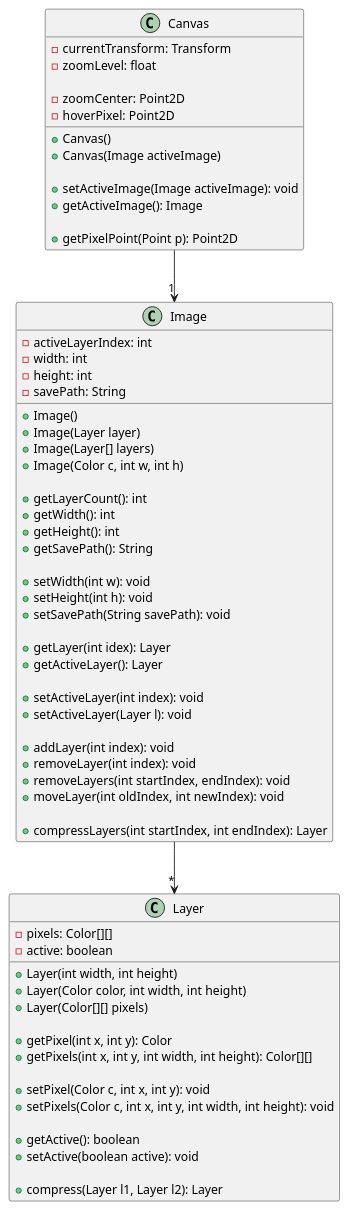
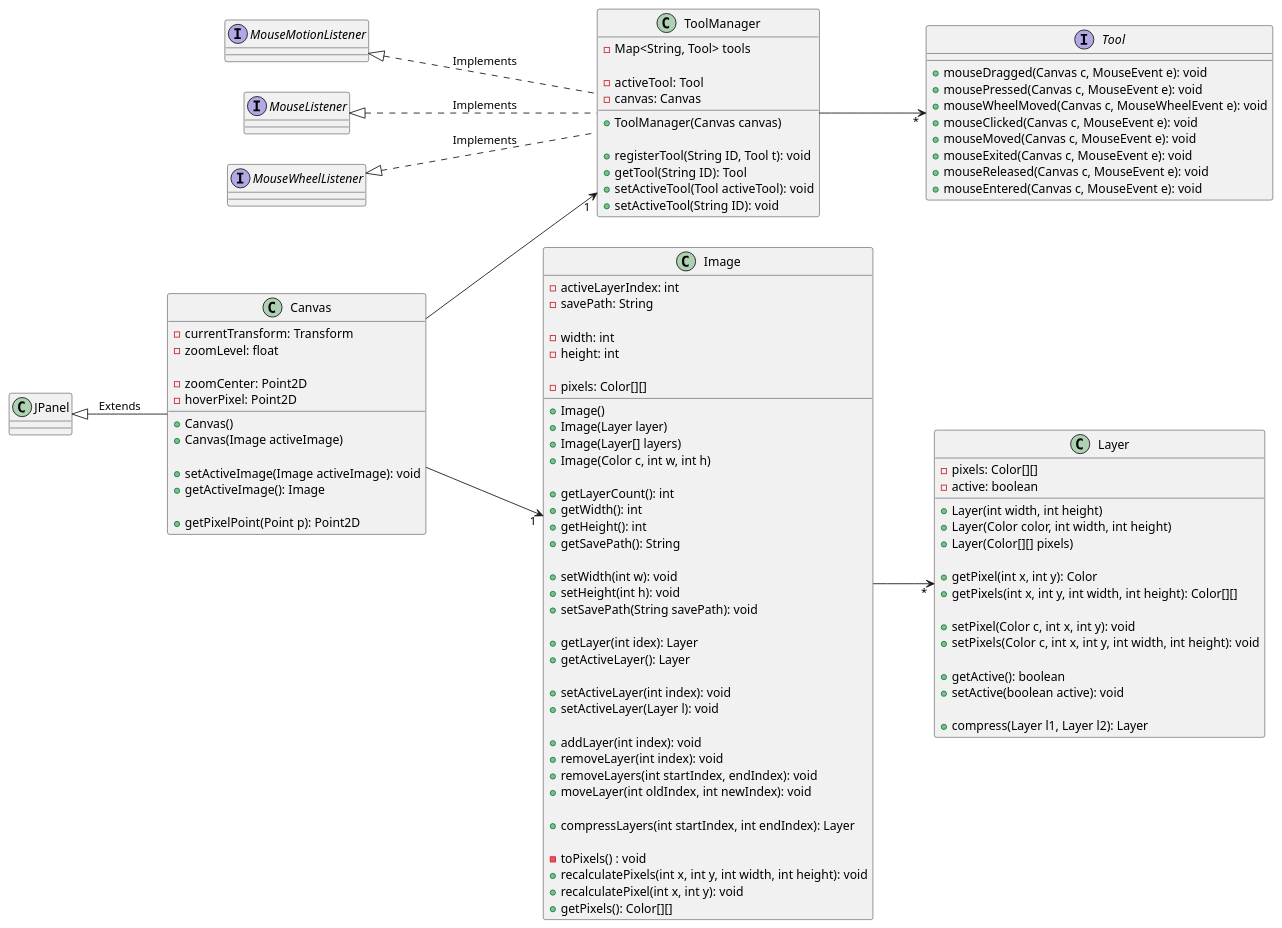
Before and after one commit to Toby267/PixelPaint: the diagram in docs/diagrams/canvas-class-diagram.plantuml, drawn with PlantUML.

Commit message:
Updated canvas class diagram to include the preliminary design for the tool system

```diff
--- a/docs/diagrams/canvas-class-diagram.plantuml
+++ b/docs/diagrams/canvas-class-diagram.plantuml
@@ -1,77 +1,126 @@
-@startuml
+@startuml Canvas Class Diagram
+
+left to right direction
+
+interface MouseMotionListener
+interface MouseListener
+interface MouseWheelListener
+class JPanel
+
+interface Tool{
+    + mouseDragged(Canvas c, MouseEvent e): void
+    + mousePressed(Canvas c, MouseEvent e): void
+    + mouseWheelMoved(Canvas c, MouseWheelEvent e): void
+    + mouseClicked(Canvas c, MouseEvent e): void
+    + mouseMoved(Canvas c, MouseEvent e): void
+    + mouseExited(Canvas c, MouseEvent e): void
+    + mouseReleased(Canvas c, MouseEvent e): void
+    + mouseEntered(Canvas c, MouseEvent e): void
+}
+
+class ToolManager {
+    - Map<String, Tool> tools
+
+    - activeTool: Tool
+    - canvas: Canvas
+
+    + ToolManager(Canvas canvas)
+
+    + registerTool(String ID, Tool t): void
+    + getTool(String ID): Tool
+    + setActiveTool(Tool activeTool): void
+    + setActiveTool(String ID): void
+}
 
 class Canvas {
     - currentTransform: Transform
     - zoomLevel: float
 
     - zoomCenter: Point2D
     - hoverPixel: Point2D
 
     + Canvas()
     + Canvas(Image activeImage)
     
     + setActiveImage(Image activeImage): void
     + getActiveImage(): Image
 
     + getPixelPoint(Point p): Point2D
 
 }
 
 class Image {
     - activeLayerIndex: int 
+    - savePath: String
+
     - width: int
     - height: int
-    - savePath: String
+
+    - pixels: Color[][]
 
     + Image()
     + Image(Layer layer)
     + Image(Layer[] layers)
     + Image(Color c, int w, int h)
 
     + getLayerCount(): int
     + getWidth(): int
     + getHeight(): int
     + getSavePath(): String
 
     + setWidth(int w): void
     + setHeight(int h): void
     + setSavePath(String savePath): void
 
     + getLayer(int idex): Layer
     + getActiveLayer(): Layer
 
     + setActiveLayer(int index): void
     + setActiveLayer(Layer l): void
 
     + addLayer(int index): void
     + removeLayer(int index): void
     + removeLayers(int startIndex, endIndex): void
     + moveLayer(int oldIndex, int newIndex): void
 
     + compressLayers(int startIndex, int endIndex): Layer
+
+    - toPixels() : void
+    + recalculatePixels(int x, int y, int width, int height): void
+    + recalculatePixel(int x, int y): void
+    + getPixels(): Color[][]
 }
 
 class Layer {
     - pixels: Color[][]
     - active: boolean
 
     + Layer(int width, int height)
     + Layer(Color color, int width, int height)
     + Layer(Color[][] pixels)
 
     + getPixel(int x, int y): Color
     + getPixels(int x, int y, int width, int height): Color[][]
 
     + setPixel(Color c, int x, int y): void
     + setPixels(Color c, int x, int y, int width, int height): void
 
     + getActive(): boolean
     + setActive(boolean active): void
 
     + compress(Layer l1, Layer l2): Layer
 }
 
 Image --> "*" Layer
 Canvas --> "1" Image
+Canvas --> "1" ToolManager
+
+ToolManager --> "*" Tool
+
+MouseListener <|.. ToolManager : "Implements"
+MouseMotionListener <|.. ToolManager : "Implements"
+MouseWheelListener <|.. ToolManager : "Implements"
+
+JPanel <|-- Canvas: "Extends"
 
 @enduml
```
